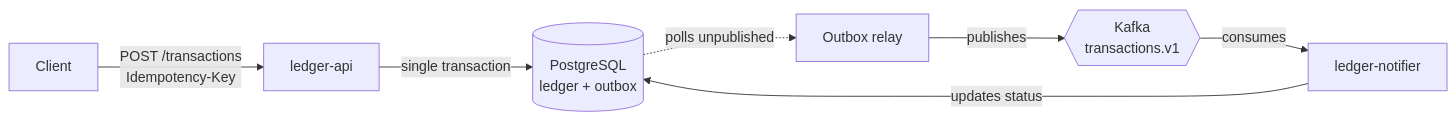
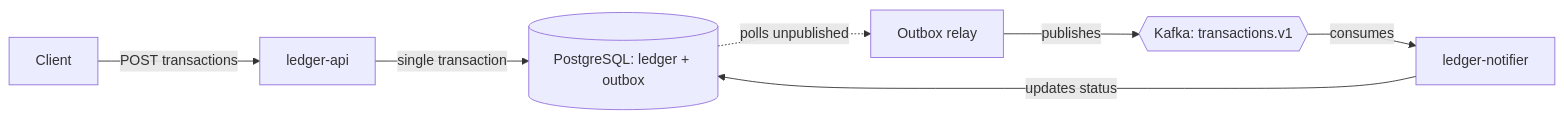
The diagram in README.md (simonvildonelohim/ledger-flow), drawn with Mermaid before and after one commit.

Commit message:
fix(docs): quote Mermaid labels so the architecture diagram renders on GitHub

````diff
--- a/README.md
+++ b/README.md
@@ -34,9 +34,9 @@
 ```mermaid
 flowchart LR
-    Client[Client] -->|POST /transactions<br/>Idempotency-Key| API[ledger-api]
-    API -->|single transaction| DB[(PostgreSQL<br/>ledger + outbox)]
-    DB -.->|polls unpublished| Relay[Outbox relay]
-    Relay -->|publishes| Kafka{{Kafka<br/>transactions.v1}}
-    Kafka -->|consumes| Notifier[ledger-notifier]
-    Notifier -->|updates status| DB
+    Client["Client"] -->|"POST transactions"| API["ledger-api"]
+    API -->|"single transaction"| DB[("PostgreSQL: ledger + outbox")]
+    DB -.->|"polls unpublished"| Relay["Outbox relay"]
+    Relay -->|"publishes"| Kafka{{"Kafka: transactions.v1"}}
+    Kafka -->|"consumes"| Notifier["ledger-notifier"]
+    Notifier -->|"updates status"| DB
 ```
````
